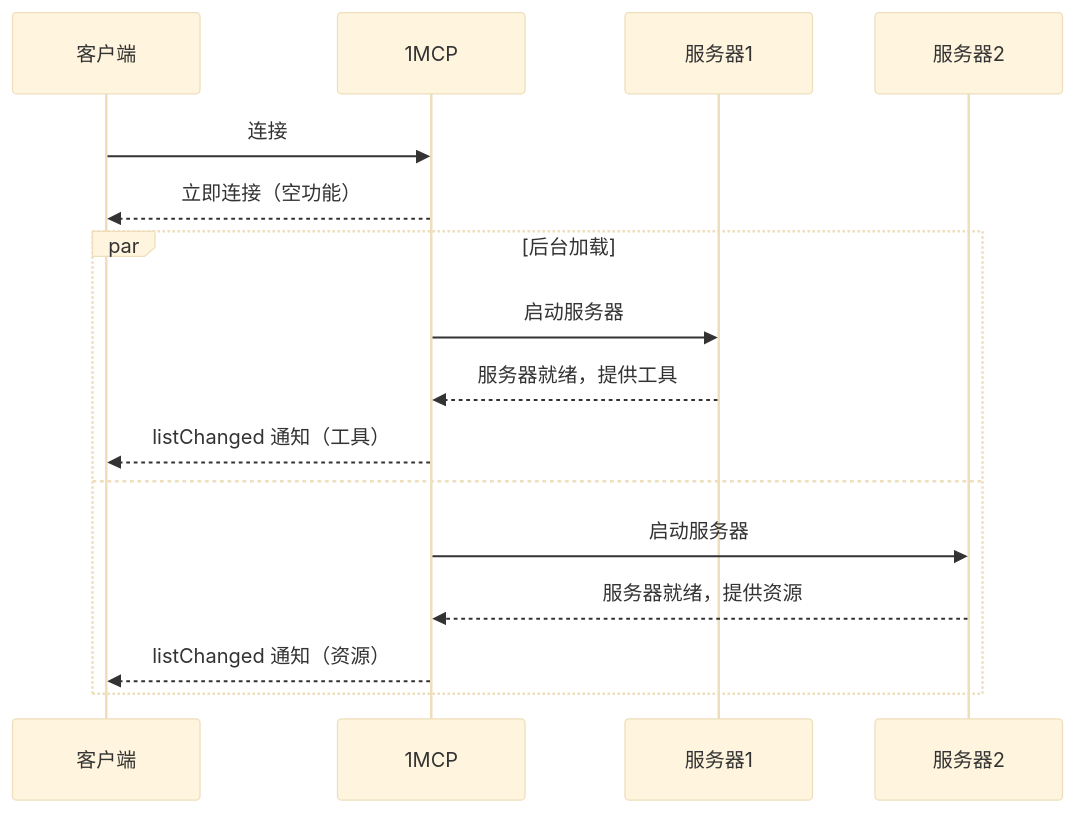
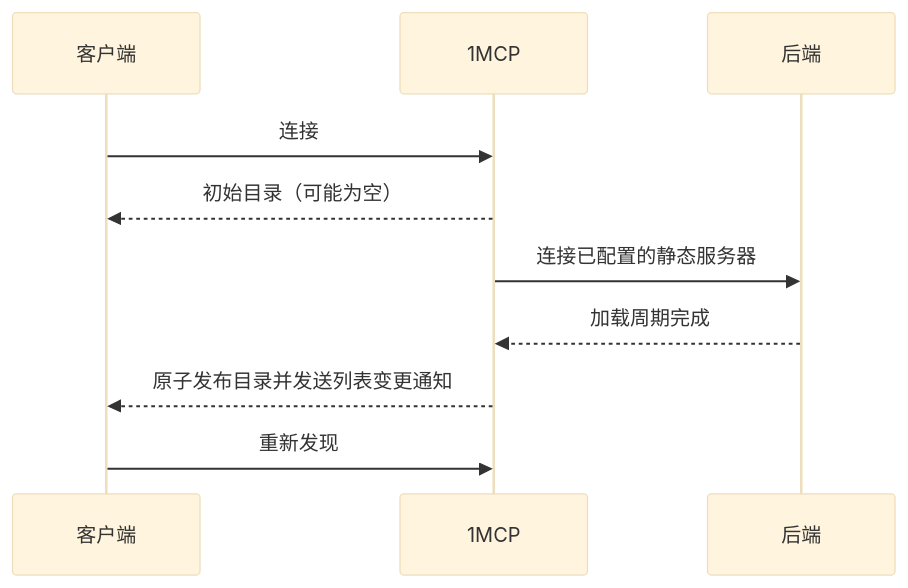
Before and after one commit to 1mcp-app/agent: the diagram in docs/zh/guide/advanced/fast-startup.md, drawn with Mermaid (base theme). The commit also changed other lines of this file and 27 other files, not shown here.

````diff
--- a/docs/zh/guide/advanced/fast-startup.md
+++ b/docs/zh/guide/advanced/fast-startup.md
@@ -114,20 +33,13 @@
 ```mermaid
 sequenceDiagram
     participant 客户端
     participant 1MCP
-    participant 服务器1
-    participant 服务器2
+    participant 后端
 
     客户端->>1MCP: 连接
-    1MCP-->>客户端: 立即连接（空功能）
-
-    par 后台加载
-        1MCP->>服务器1: 启动服务器
-        服务器1-->>1MCP: 服务器就绪，提供工具
-        1MCP-->>客户端: listChanged 通知（工具）
-    and
-        1MCP->>服务器2: 启动服务器
-        服务器2-->>1MCP: 服务器就绪，提供资源
-        1MCP-->>客户端: listChanged 通知（资源）
-    end
+    1MCP-->>客户端: 初始目录（可能为空）
+    1MCP->>后端: 连接已配置的静态服务器
+    后端-->>1MCP: 加载周期完成
+    1MCP-->>客户端: 原子发布目录并发送列表变更通知
+    客户端->>1MCP: 重新发现
 ```
````
